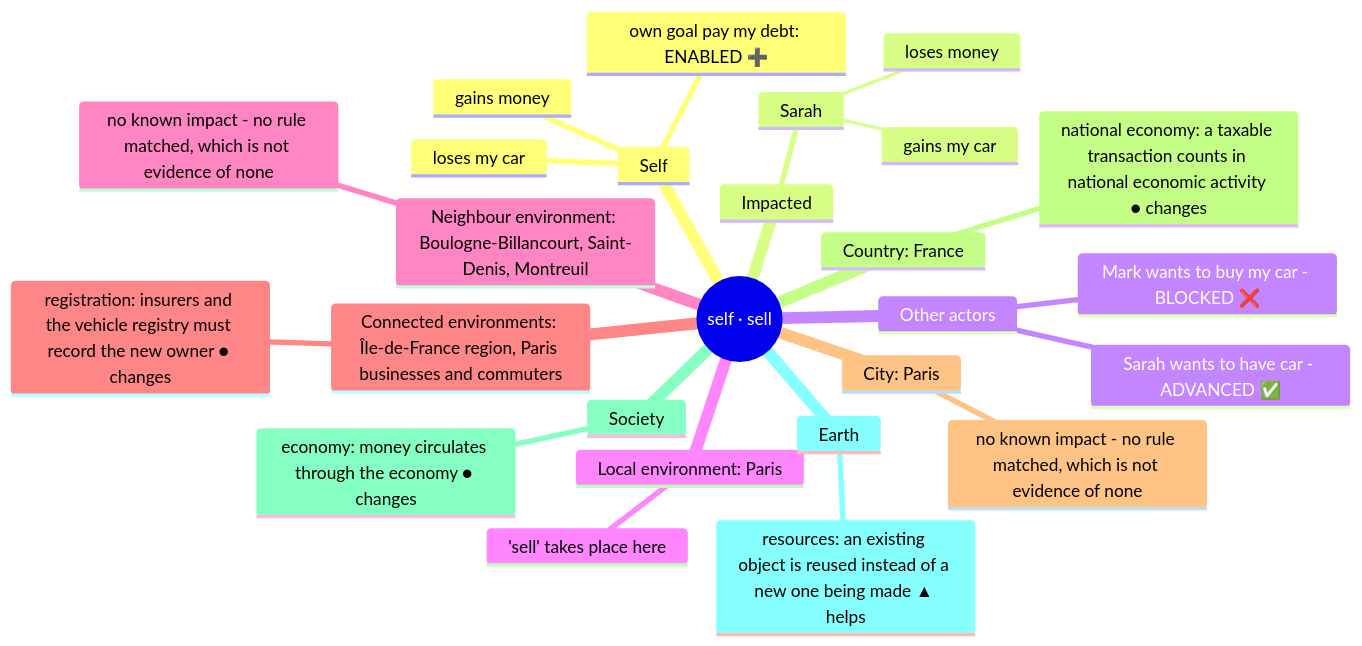
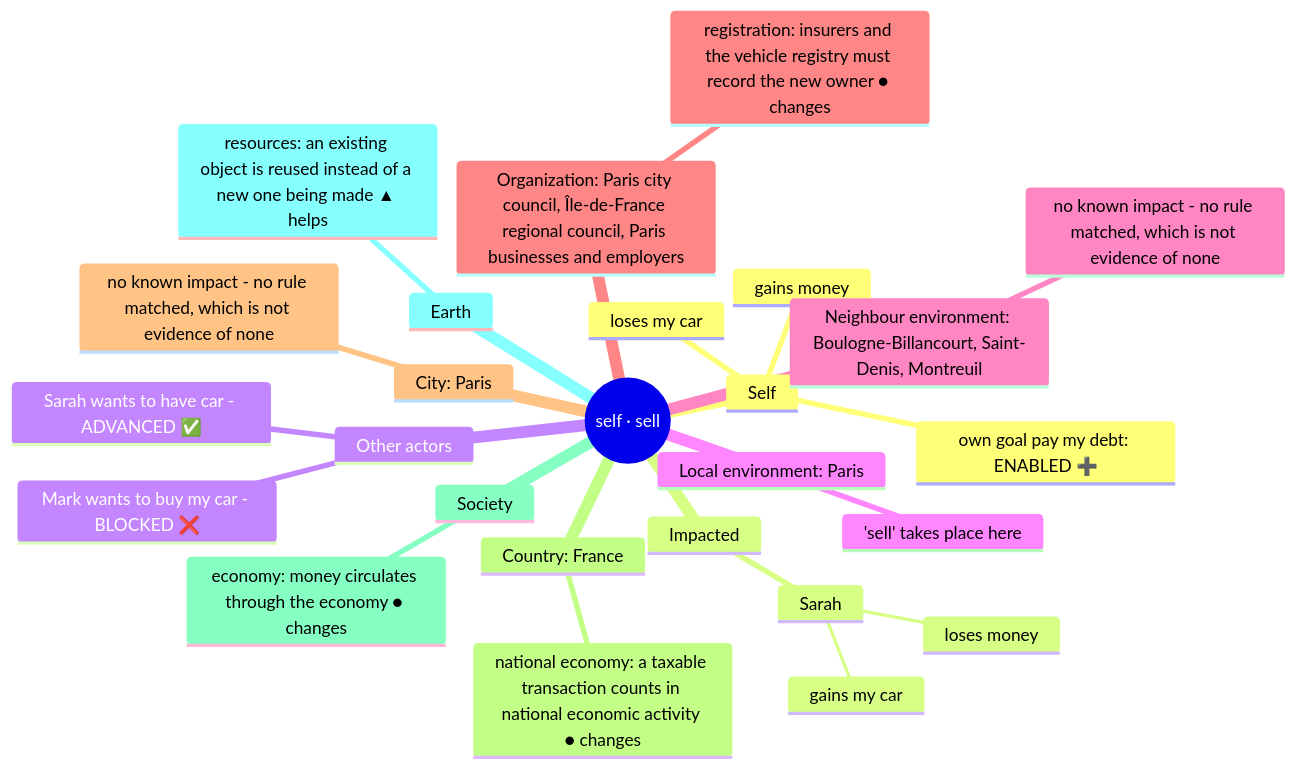
One commit to Sherlock2019/ACM changed the second of 13 diagrams in README.md. Above: the diagram before and after it, drawn with Mermaid. The commit also changed other lines of this file and 10 other files, not shown here.

Commit message:
Rename connected layer to organization; README opens with a phrase example and the blast radius

````diff
--- a/README.md
+++ b/README.md
@@ -100,29 +135,29 @@
 ```mermaid
 mindmap
   root((self · sell))
     Self
       loses my car
       gains money
       own goal pay my debt: ENABLED ➕
     Impacted
       Sarah
         gains my car
         loses money
     Other actors
       Mark wants to buy my car - BLOCKED ❌
       Sarah wants to have car - ADVANCED ✅
     Local environment: Paris
       'sell' takes place here
     Neighbour environment: Boulogne-Billancourt, Saint-Denis, Montreuil
       no known impact - no rule matched, which is not evidence of none
-    Connected environments: Île-de-France region, Paris businesses and commuters
+    Organization: Paris city council, Île-de-France regional council, Paris businesses and employers
       registration: insurers and the vehicle registry must record the new owner ● changes
     City: Paris
       no known impact - no rule matched, which is not evidence of none
     Country: France
       national economy: a taxable transaction counts in national economic activity ● changes
     Society
       economy: money circulates through the economy ● changes
     Earth
       resources: an existing object is reused instead of a new one being made ▲ helps
 ```
````
